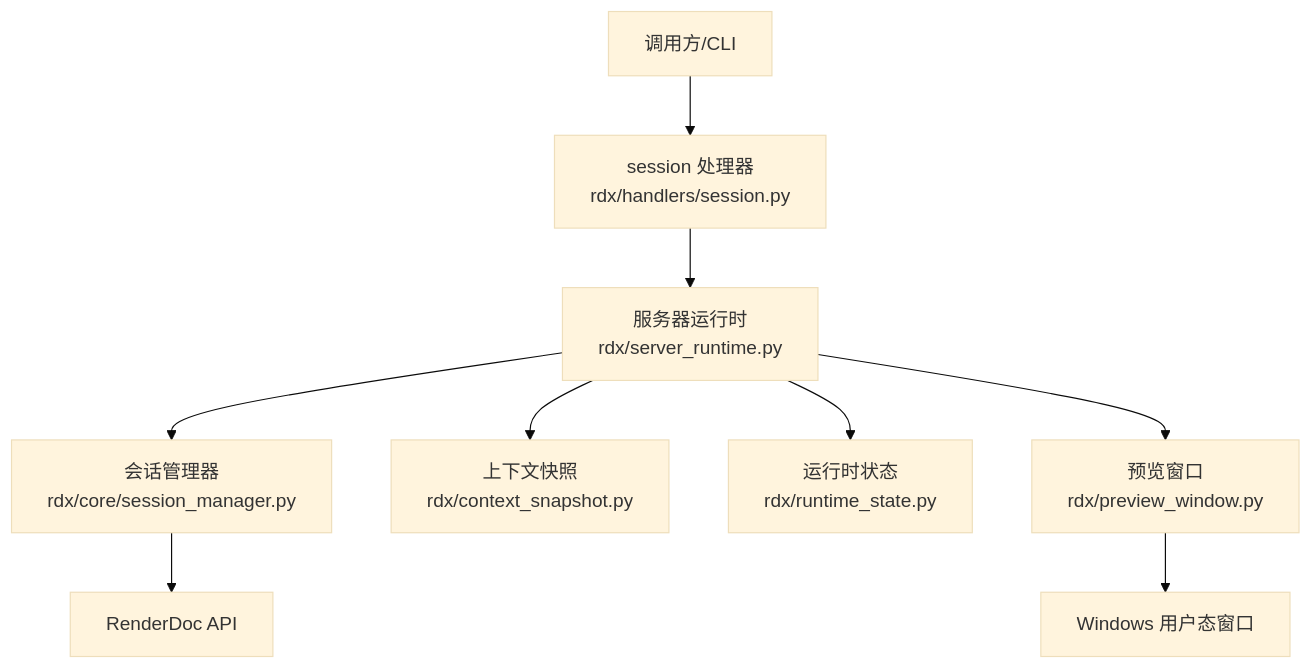
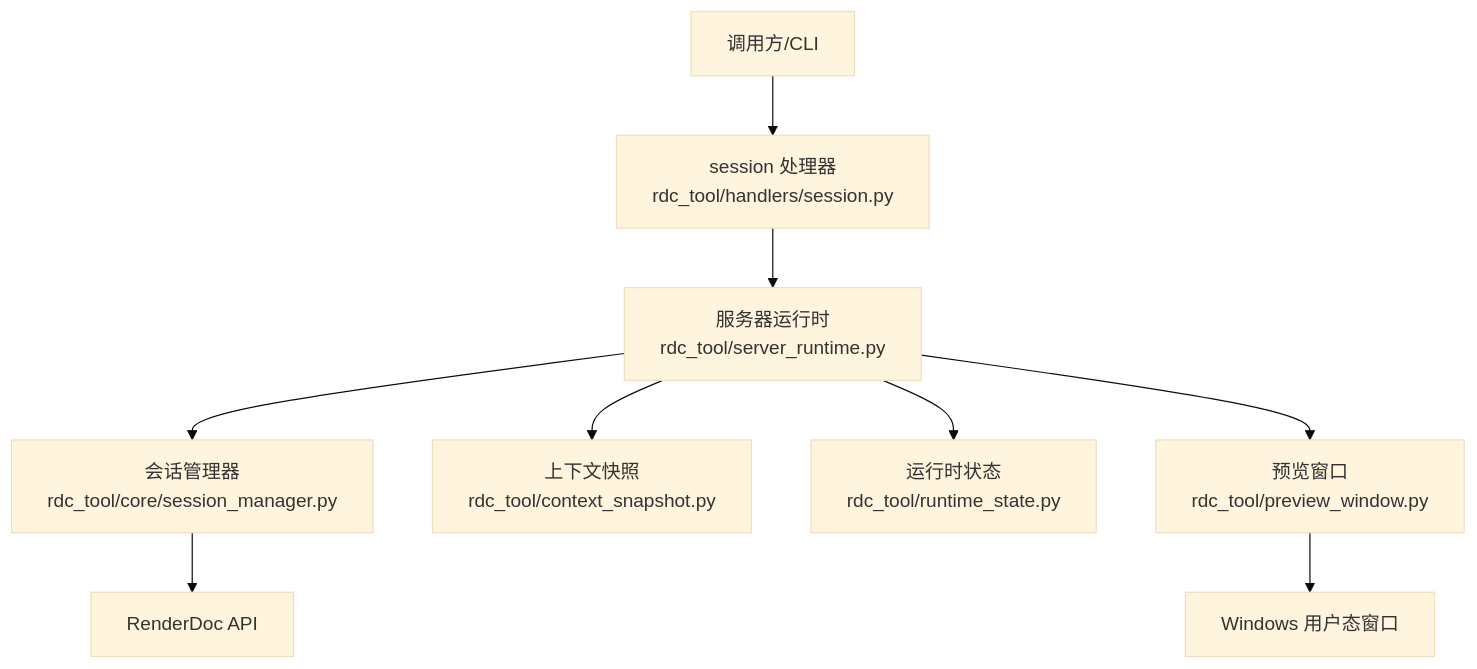
One commit to haolange/RDC-Tool changed the first of 7 diagrams in .qoder/repowiki/zh/content/处理器模块/会话处理器.md. Above: the diagram before and after it, drawn with Mermaid (base theme). The commit also changed other lines of this file and 388 other files, not shown here.

First line of the commit message:
Release RDC-Tool identity and public maintenance surface

````diff
--- a/.qoder/repowiki/zh/content/处理器模块/会话处理器.md
+++ b/.qoder/repowiki/zh/content/处理器模块/会话处理器.md
@@ -44,11 +44,11 @@
 ```mermaid
 graph TB
-A["调用方/CLI"] --> B["session 处理器<br/>rdx/handlers/session.py"]
-B --> C["服务器运行时<br/>rdx/server_runtime.py"]
-C --> D["会话管理器<br/>rdx/core/session_manager.py"]
-C --> E["上下文快照<br/>rdx/context_snapshot.py"]
-C --> F["运行时状态<br/>rdx/runtime_state.py"]
-C --> G["预览窗口<br/>rdx/preview_window.py"]
+A["调用方/CLI"] --> B["session 处理器<br/>rdc_tool/handlers/session.py"]
+B --> C["服务器运行时<br/>rdc_tool/server_runtime.py"]
+C --> D["会话管理器<br/>rdc_tool/core/session_manager.py"]
+C --> E["上下文快照<br/>rdc_tool/context_snapshot.py"]
+C --> F["运行时状态<br/>rdc_tool/runtime_state.py"]
+C --> G["预览窗口<br/>rdc_tool/preview_window.py"]
 D --> H["RenderDoc API"]
 G --> I["Windows 用户态窗口"]
 ```
````
